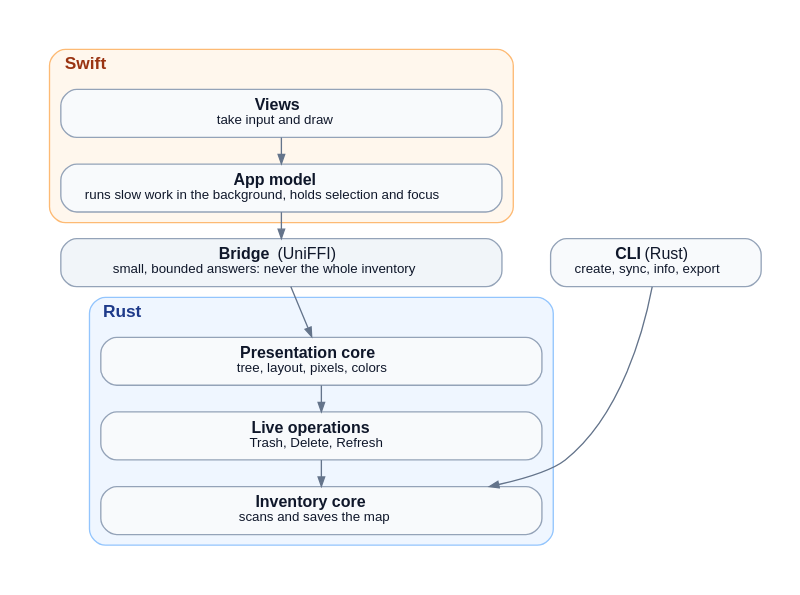
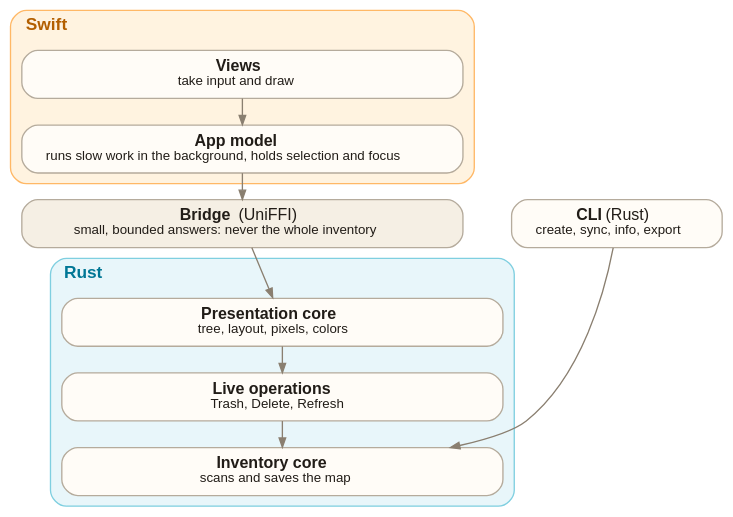
Before and after one commit to henriquebastos/henriquebastos.net: the diagram in drafts/008-steering-agents-through-my-first-macos-app/diagrams/layers.dot, drawn with Graphviz. The commit also changed 8 other files, not shown here.

Commit message:
docs(post): render the disk inventory diagrams for light and dark themes

```diff
--- a/drafts/008-steering-agents-through-my-first-macos-app/diagrams/layers.dot
+++ b/drafts/008-steering-agents-through-my-first-macos-app/diagrams/layers.dot
@@ -1,24 +1,24 @@
 digraph layers {
-  graph [rankdir=TB, bgcolor="white", nodesep=0.5, ranksep=0.28, fontname="Helvetica", pad=0.3];
-  node  [shape=box, style="rounded,filled", fontname="Helvetica", fontsize=12, width=4.6, margin="0.18,0.1", color="#94a3b8", fillcolor="#f8fafc", fontcolor="#0f172a"];
-  edge  [color="#64748b", arrowsize=0.7];
+  graph [rankdir=TB, bgcolor="transparent", nodesep=0.5, ranksep=0.28, fontname="Helvetica", pad=0.3];
+  node  [shape=box, style="rounded,filled", fontname="Helvetica", fontsize=12, width=4.6, margin="0.18,0.1", color="#b5ab9c", fillcolor="#fffcf7", fontcolor="#211c17"];
+  edge  [color="#8a7f70", arrowsize=0.7];
 
   subgraph cluster_swift {
-    label="Swift"; labeljust=l; fontname="Helvetica-Bold"; fontsize=13; fontcolor="#9a3412";
-    style="rounded,filled"; color="#fdba74"; fillcolor="#fff7ed";
+    label="Swift"; labeljust=l; fontname="Helvetica-Bold"; fontsize=13; fontcolor="#b35f00";
+    style="rounded,filled"; color="#ffb866"; fillcolor="#fff3e0";
     views [label=<<b>Views</b><br/><font point-size="10">take input and draw</font>>];
     model [label=<<b>App model</b><br/><font point-size="10">runs slow work in the background, holds selection and focus</font>>];
   }
-  bridge [label=<<b>Bridge</b> (UniFFI)<br/><font point-size="10">small, bounded answers: never the whole inventory</font>>, fillcolor="#f1f5f9"];
+  bridge [label=<<b>Bridge</b> (UniFFI)<br/><font point-size="10">small, bounded answers: never the whole inventory</font>>, fillcolor="#f5efe4"];
   subgraph cluster_rust {
-    label="Rust"; labeljust=l; fontname="Helvetica-Bold"; fontsize=13; fontcolor="#1e3a8a";
-    style="rounded,filled"; color="#93c5fd"; fillcolor="#eff6ff";
+    label="Rust"; labeljust=l; fontname="Helvetica-Bold"; fontsize=13; fontcolor="#007795";
+    style="rounded,filled"; color="#7fcfe0"; fillcolor="#e8f6fa";
     pres [label=<<b>Presentation core</b><br/><font point-size="10">tree, layout, pixels, colors</font>>];
     ops  [label=<<b>Live operations</b><br/><font point-size="10">Trash, Delete, Refresh</font>>];
     core [label=<<b>Inventory core</b><br/><font point-size="10">scans and saves the map</font>>];
   }
   cli  [label=<<b>CLI</b> (Rust)<br/><font point-size="10">create, sync, info, export</font>>, width=2.2];
   views -> model -> bridge -> pres -> ops -> core;
   cli -> core;
   {rank=same; bridge; cli}
 }
```
